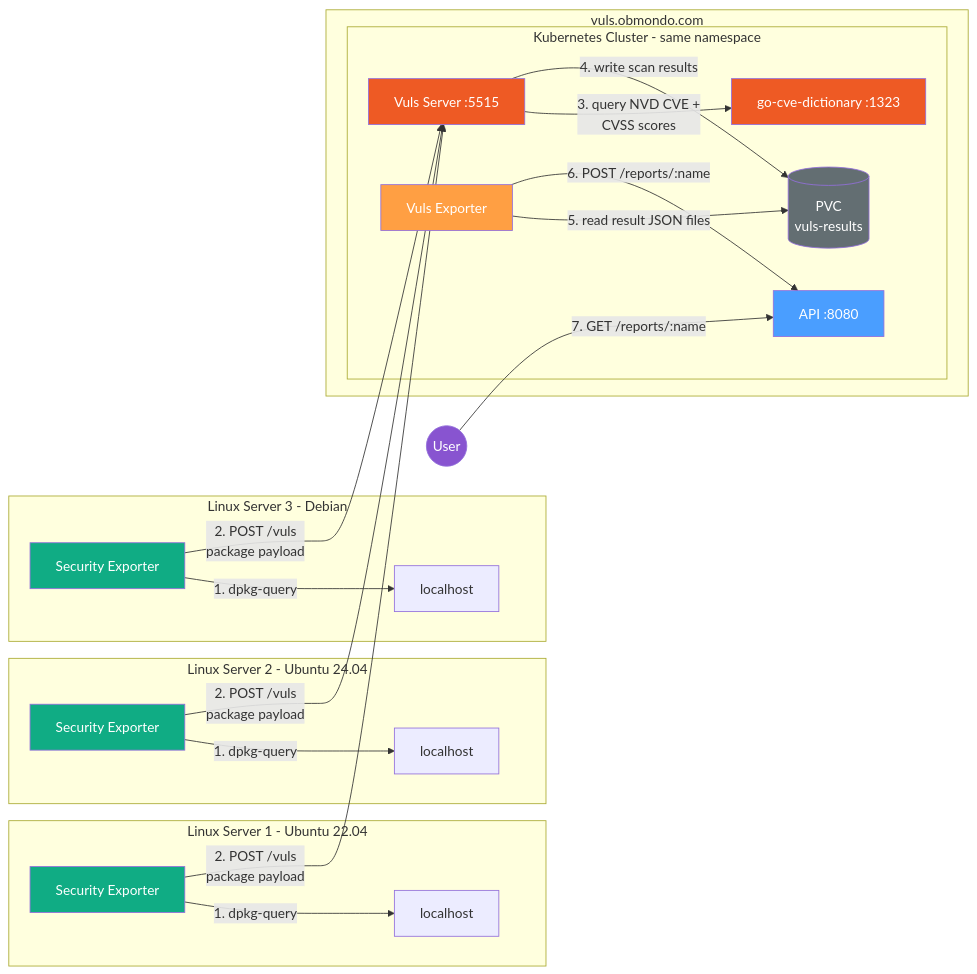
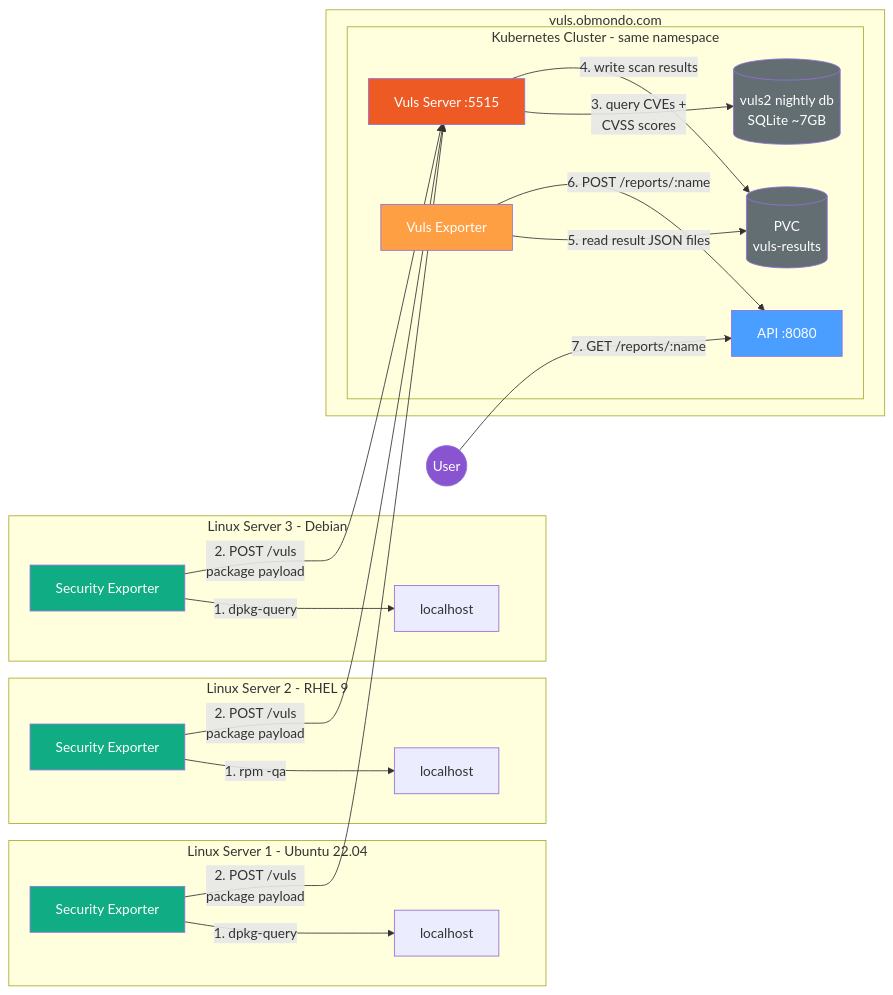
One commit to Obmondo/security-exporter changed the diagram in architecture.md. Above: the diagram before and after it, drawn with Mermaid. The commit also changed other lines of this file, not shown here.

Commit message:
docs: update architecture for vuls2 and RPM support

````diff
--- a/architecture.md
+++ b/architecture.md
@@ -24,46 +24,46 @@
 ```mermaid
 graph LR
     subgraph Linux Server 1 - Ubuntu 22.04
         SE1[Security Exporter] -->|1. dpkg-query| N1[localhost]
     end
 
-    subgraph Linux Server 2 - Ubuntu 24.04
-        SE2[Security Exporter] -->|1. dpkg-query| N2[localhost]
+    subgraph Linux Server 2 - RHEL 9
+        SE2[Security Exporter] -->|1. rpm -qa| N2[localhost]
     end
 
     subgraph Linux Server 3 - Debian
         SE3[Security Exporter] -->|1. dpkg-query| N3[localhost]
     end
 
     subgraph vuls.obmondo.com
         subgraph Kubernetes Cluster - same namespace
             VS[Vuls Server :5515]
-            VDB[go-cve-dictionary :1323]
+            VDB[(vuls2 nightly db<br>SQLite ~7GB)]
             VE[Vuls Exporter]
             API[API :8080]
             PVC[(PVC<br>vuls-results)]
         end
     end
 
     SE1 -->|2. POST /vuls<br>package payload| VS
     SE2 -->|2. POST /vuls<br>package payload| VS
     SE3 -->|2. POST /vuls<br>package payload| VS
 
-    VS -->|3. query NVD CVE +<br>CVSS scores| VDB
+    VS -->|3. query CVEs +<br>CVSS scores| VDB
     VS -->|4. write scan results| PVC
 
     VE -->|5. read result JSON files| PVC
     VE -->|6. POST /reports/:name| API
 
     USER((User)) -->|7. GET /reports/:name| API
 
     style API fill:#4a9eff,color:#fff
     style VE fill:#ff9f43,color:#fff
     style VS fill:#ee5a24,color:#fff
-    style VDB fill:#ee5a24,color:#fff
+    style VDB fill:#636e72,color:#fff
     style SE1 fill:#10ac84,color:#fff
     style SE2 fill:#10ac84,color:#fff
     style SE3 fill:#10ac84,color:#fff
     style USER fill:#8854d0,color:#fff
     style PVC fill:#636e72,color:#fff
 ```
````
